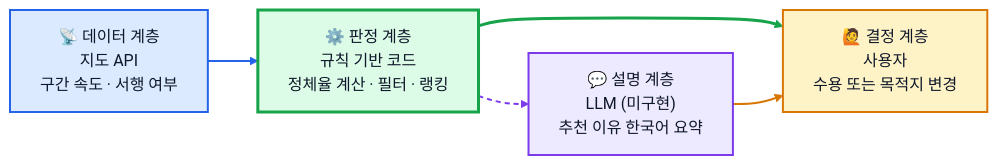
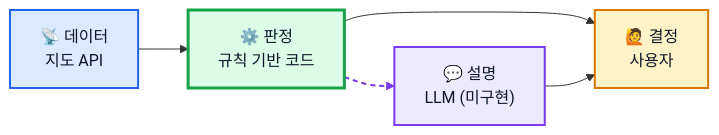
One commit to rome777/aiffel_test changed the second of 4 diagrams in README.md. Above: the diagram before and after it, drawn with Mermaid. The commit also changed other lines of this file and 1 other file, not shown here.

````diff
--- a/README.md
+++ b/README.md
@@ -192,22 +66,16 @@
 ```mermaid
 graph LR
-    D["📡 데이터 계층<br/>지도 API<br/>구간 속도 · 서행 여부"] --> J["⚙️ 판정 계층<br/>규칙 기반 코드<br/>정체율 계산 · 필터 · 랭킹"]
-    J --> L["💬 설명 계층<br/>LLM (미구현)<br/>추천 이유 한국어 요약"]
-    J --> U["🙋 결정 계층<br/>사용자<br/>수용 또는 목적지 변경"]
+    D["📡 데이터<br/>지도 API"] --> J["⚙️ 판정<br/>규칙 기반 코드"]
+    J --> L["💬 설명<br/>LLM (미구현)"]
+    J --> U["🙋 결정<br/>사용자"]
     L --> U
-
     classDef data fill:#dbeafe,stroke:#2563eb,stroke-width:2px,color:#0f172a
     classDef judge fill:#dcfce7,stroke:#16a34a,stroke-width:3px,color:#0f172a
     classDef llm fill:#ede9fe,stroke:#7c3aed,stroke-width:2px,color:#0f172a
     classDef user fill:#fef3c7,stroke:#d97706,stroke-width:2px,color:#0f172a
-
     class D data
     class J judge
     class L llm
     class U user
-
-    linkStyle 0 stroke:#2563eb,stroke-width:2px
     linkStyle 1 stroke:#7c3aed,stroke-width:2px,stroke-dasharray:5 4
-    linkStyle 2 stroke:#16a34a,stroke-width:3px
-    linkStyle 3 stroke:#d97706,stroke-width:2px
 ```
````
